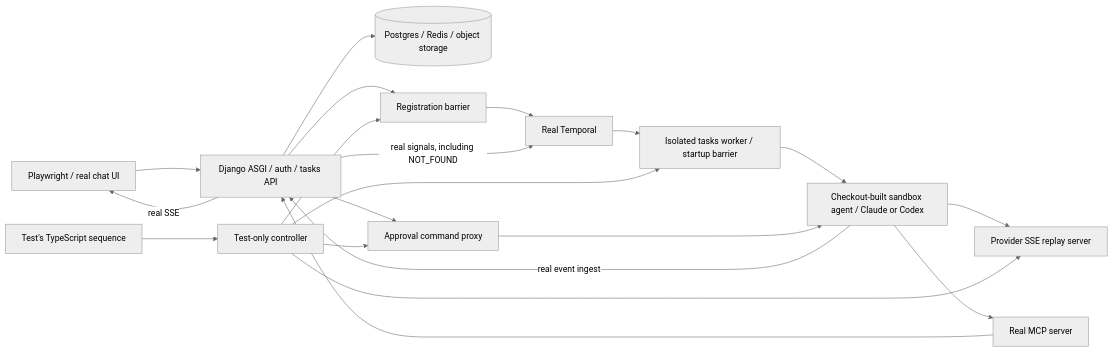
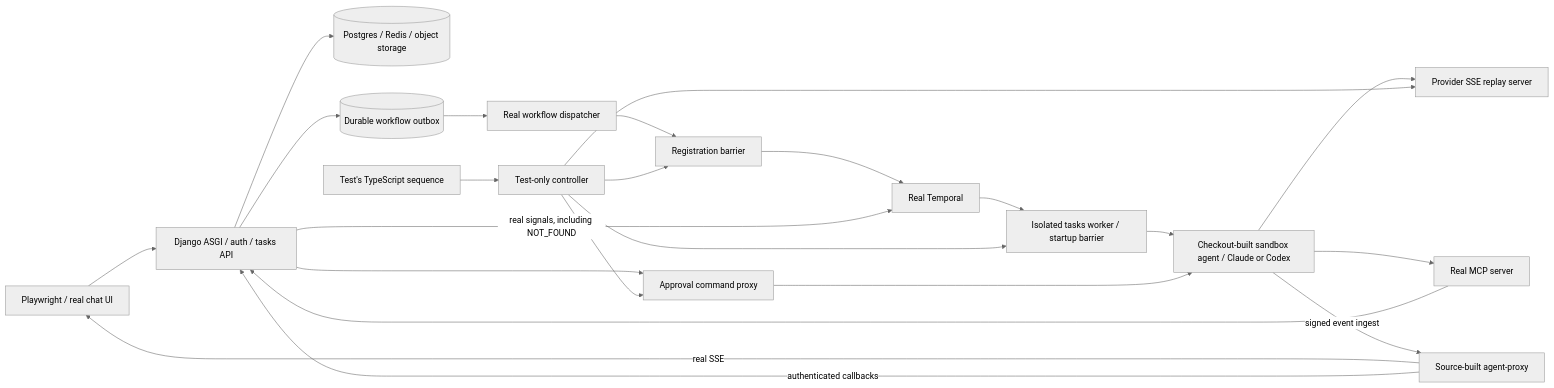
One commit to antoineol/posthog changed the diagram in products/posthog_ai/frontend/e2e/architecture.md. Above: the diagram before and after it, drawn with Mermaid (neutral theme). The commit also changed other lines of this file and 17 other files, not shown here.

Commit message:
fix(ai): exercise proxy and durable dispatch in recovery tests

````diff
--- a/products/posthog_ai/frontend/e2e/architecture.md
+++ b/products/posthog_ai/frontend/e2e/architecture.md
@@ -9,22 +9,25 @@
 ```mermaid
 flowchart LR
     Browser[Playwright / real chat UI] --> Django[Django ASGI / auth / tasks API]
     Django --> DB[(Postgres / Redis / object storage)]
-    Django --> Registration[Registration barrier]
+    Django --> Outbox[(Durable workflow outbox)]
+    Outbox --> Dispatcher[Real workflow dispatcher]
+    Dispatcher --> Registration[Registration barrier]
     Registration --> Temporal[Real Temporal]
     Django -->|real signals, including NOT_FOUND| Temporal
     Temporal --> Worker[Isolated tasks worker / startup barrier]
     Worker --> Agent[Checkout-built sandbox agent / Claude or Codex]
     Django --> Proxy[Approval command proxy]
     Proxy --> Agent
     Agent --> Models[Provider SSE replay server]
     Agent --> MCP[Real MCP server]
     MCP --> Django
-    Agent -->|real event ingest| Django
-    Django -->|real SSE| Browser
+    Agent -->|signed event ingest| AgentProxy[Source-built agent-proxy]
+    AgentProxy -->|real SSE| Browser
+    AgentProxy -->|authenticated callbacks| Django
     Test[Test's TypeScript sequence] --> Controller[Test-only controller]
     Controller --> Registration
     Controller --> Worker
     Controller --> Proxy
     Controller --> Models
 ```
````
